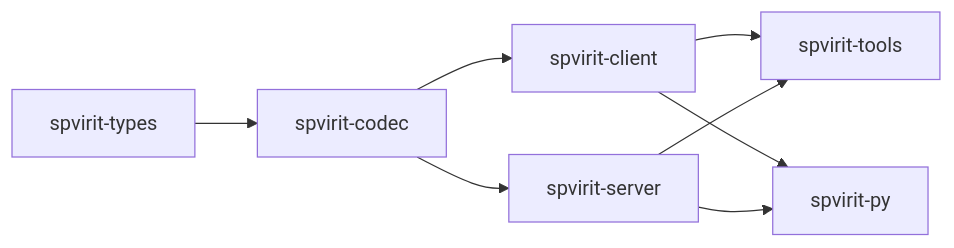
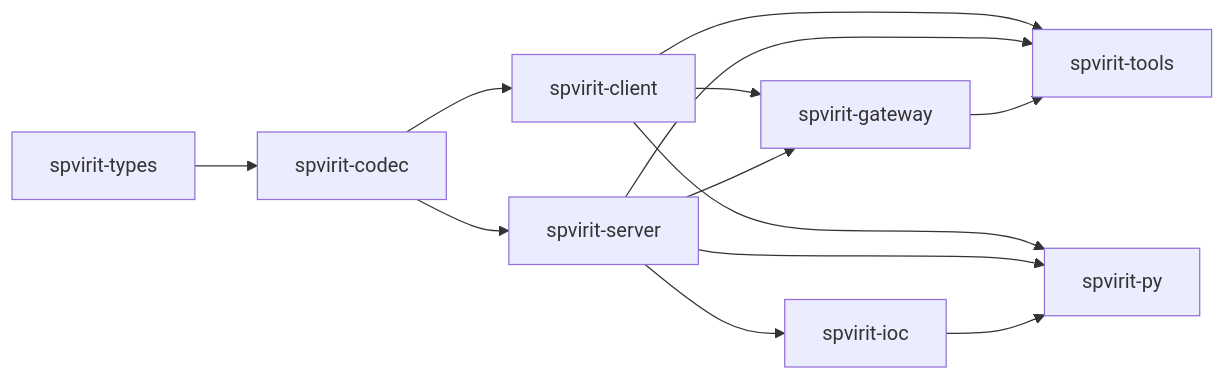
Before and after one commit to ISISNeutronMuon/spvirit: the diagram in docs/book/src/01-fundamentals/what-is-spvirit.md, drawn with Mermaid. The commit also changed other lines of this file and 50 other files, not shown here.

````diff
--- a/docs/book/src/01-fundamentals/what-is-spvirit.md
+++ b/docs/book/src/01-fundamentals/what-is-spvirit.md
@@ -30,10 +33,15 @@
 ```mermaid
 flowchart LR
     T["spvirit-types"] --> C["spvirit-codec"]
     C --> CL["spvirit-client"]
     C --> SV["spvirit-server"]
+    SV --> IOC["spvirit-ioc"]
+    CL --> GW["spvirit-gateway"]
+    SV --> GW
     CL --> TO["spvirit-tools"]
     SV --> TO
+    GW --> TO
     CL --> PY["spvirit-py"]
     SV --> PY
+    IOC --> PY
 ```
````
